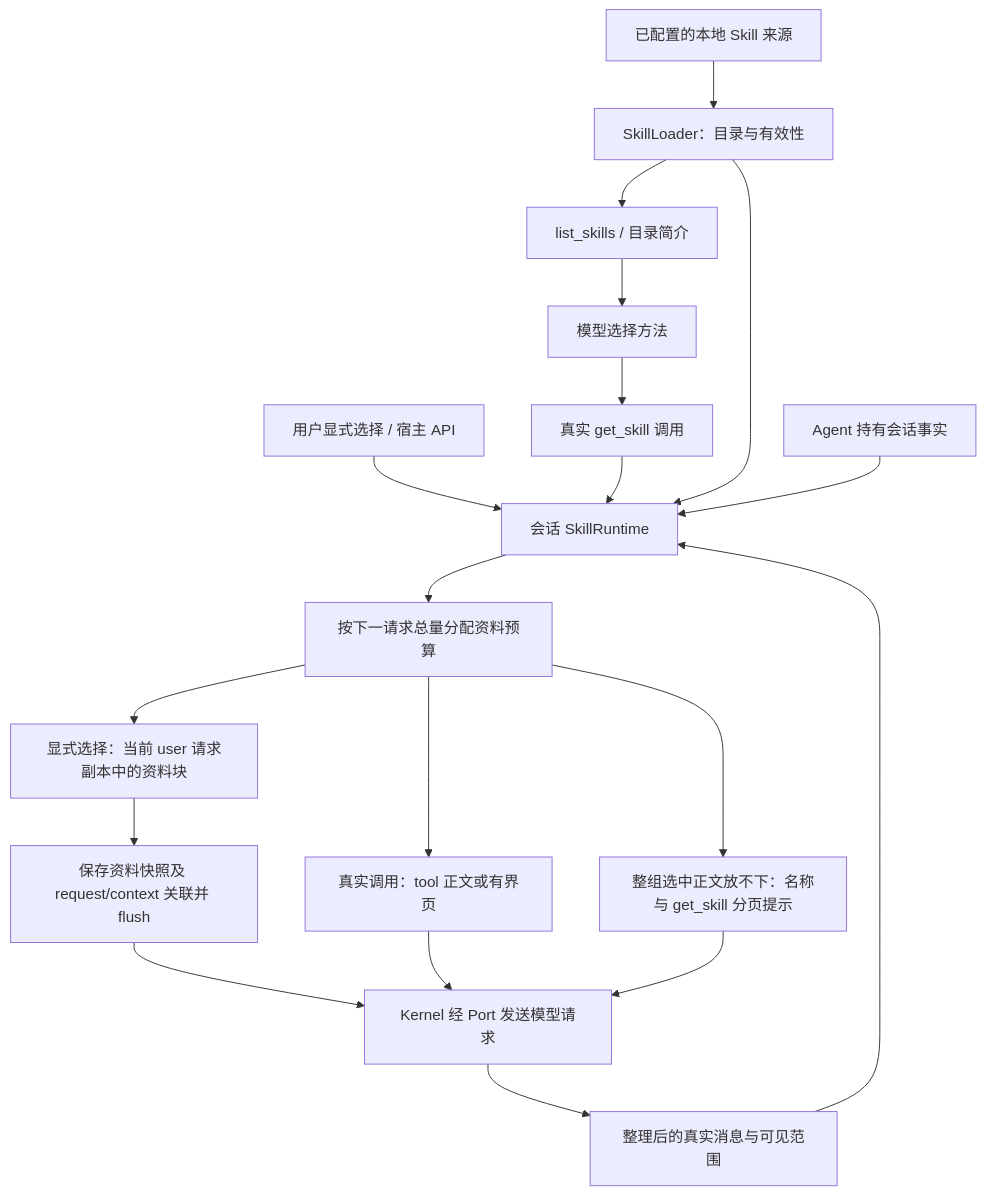
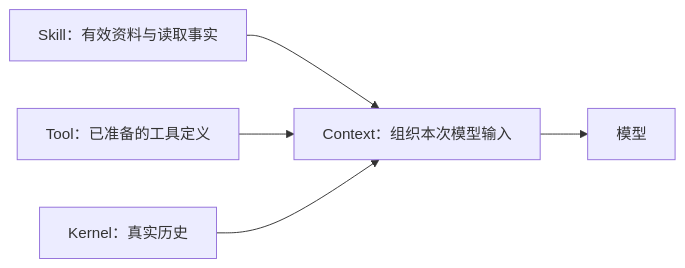
Before and after one commit to wangbo0727/Box-Agent: the diagram in docs/design/skill-engine.md, drawn with Mermaid. The commit also changed other lines of this file and 16 other files, not shown here.

Commit message:
refactor(context): own skill reference assembly and request budgets

````diff
--- a/docs/design/skill-engine.md
+++ b/docs/design/skill-engine.md
@@ -21,21 +31,7 @@
 ```mermaid
-flowchart TD
-    S[已配置的本地 Skill 来源] --> L[SkillLoader：目录与有效性]
-    L --> C[list_skills / 目录简介]
-    C --> M[模型选择方法]
-    M --> G[真实 get_skill 调用]
-    H[用户显式选择 / 宿主 API] --> R[会话 SkillRuntime]
-    G --> R
-    L --> R
-    A[Agent 持有会话事实] --> R
-    R --> B[按下一请求总量分配资料预算]
-    B --> T[真实调用：tool 正文或有界页]
-    B --> U[显式选择：当前 user 请求副本中的资料块]
-    B --> P[整组选中正文放不下：名称与 get_skill 分页提示]
-    U --> D[保存资料快照及 request/context 关联并 flush]
-    D --> K[Kernel 经 Port 发送模型请求]
-    T --> K
-    P --> K
-    K --> V[整理后的真实消息与可见范围]
-    V --> R
+flowchart LR
+    S[Skill：有效资料与读取事实] --> C[Context：组织本次模型输入]
+    T[Tool：已准备的工具定义] --> C
+    H[Kernel：真实历史] --> C
+    C --> M[模型]
 ```
````
